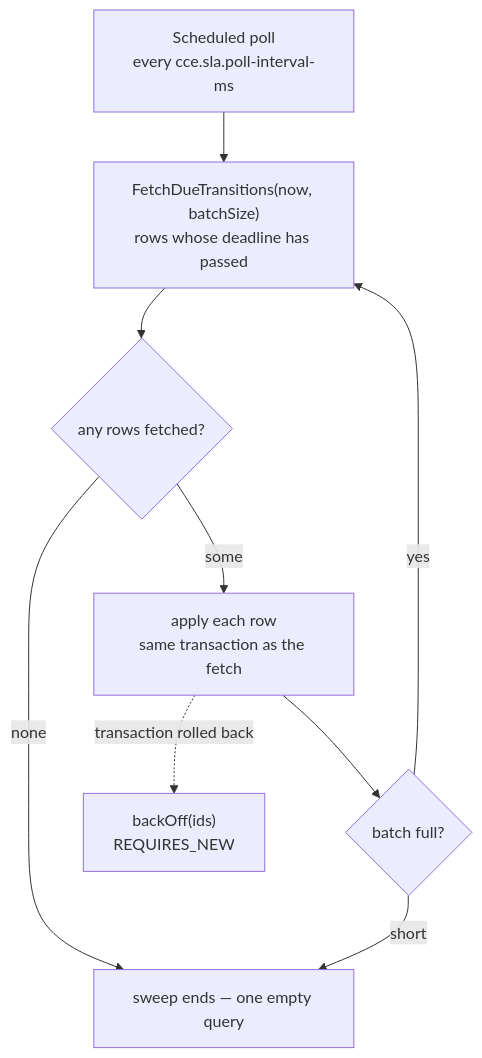
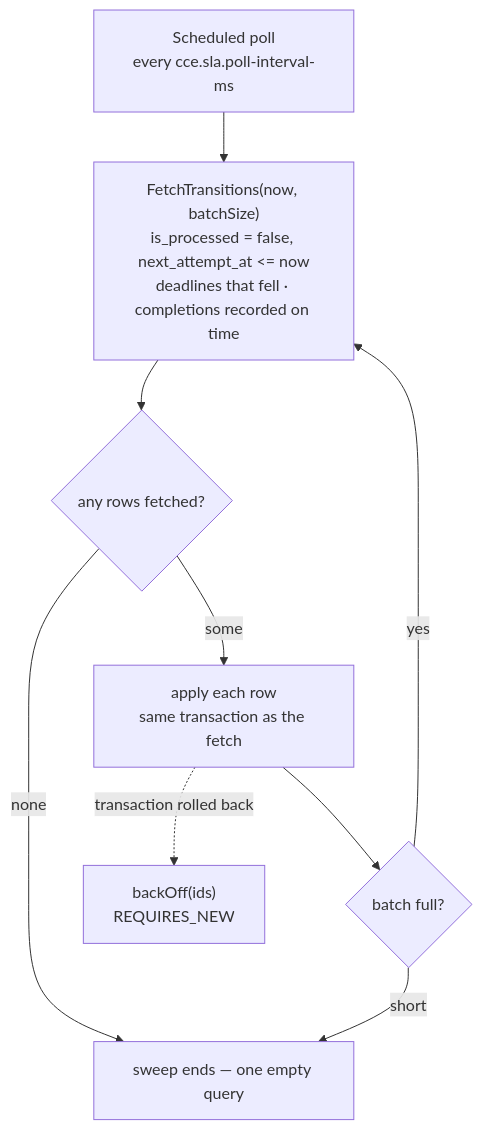
Before and after one commit to Jayaprakash8887/cce-step-sla-service: the diagram in docs/architecture-overview.md, drawn with Mermaid. The commit also changed other lines of this file and 11 other files, not shown here.

````diff
--- a/docs/architecture-overview.md
+++ b/docs/architecture-overview.md
@@ -122,12 +123,12 @@
 ```mermaid
 flowchart TD
     S["Scheduled poll<br/>every cce.sla.poll-interval-ms"]
-      --> D["FetchDueTransitions(now, batchSize)<br/>rows whose deadline has passed"]
+      --> D["FetchTransitions(now, batchSize)<br/>is_processed = false, next_attempt_at &lt;= now<br/>deadlines that fell · completions recorded on time"]
     D --> E{"any rows fetched?"}
     E -->|"none"| Z["sweep ends — one empty query"]
     E -->|"some"| A["apply each row<br/>same transaction as the fetch"]
     A --> F{"batch full?"}
     F -->|"yes"| D
     F -->|"short"| Z
     A -.->|"transaction rolled back"| B["backOff(ids)<br/>REQUIRES_NEW"]
 ```
````
